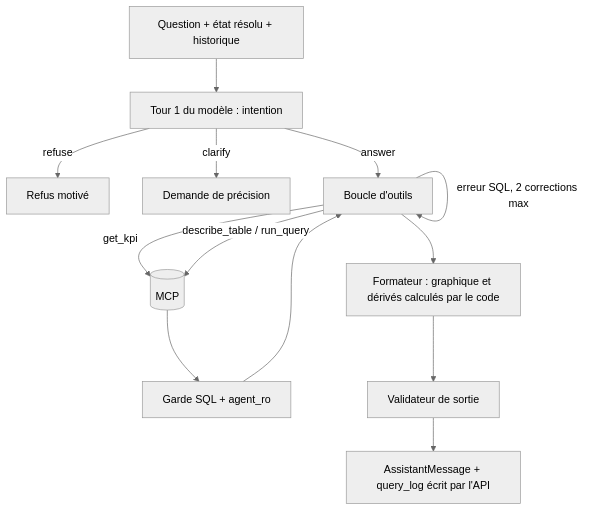
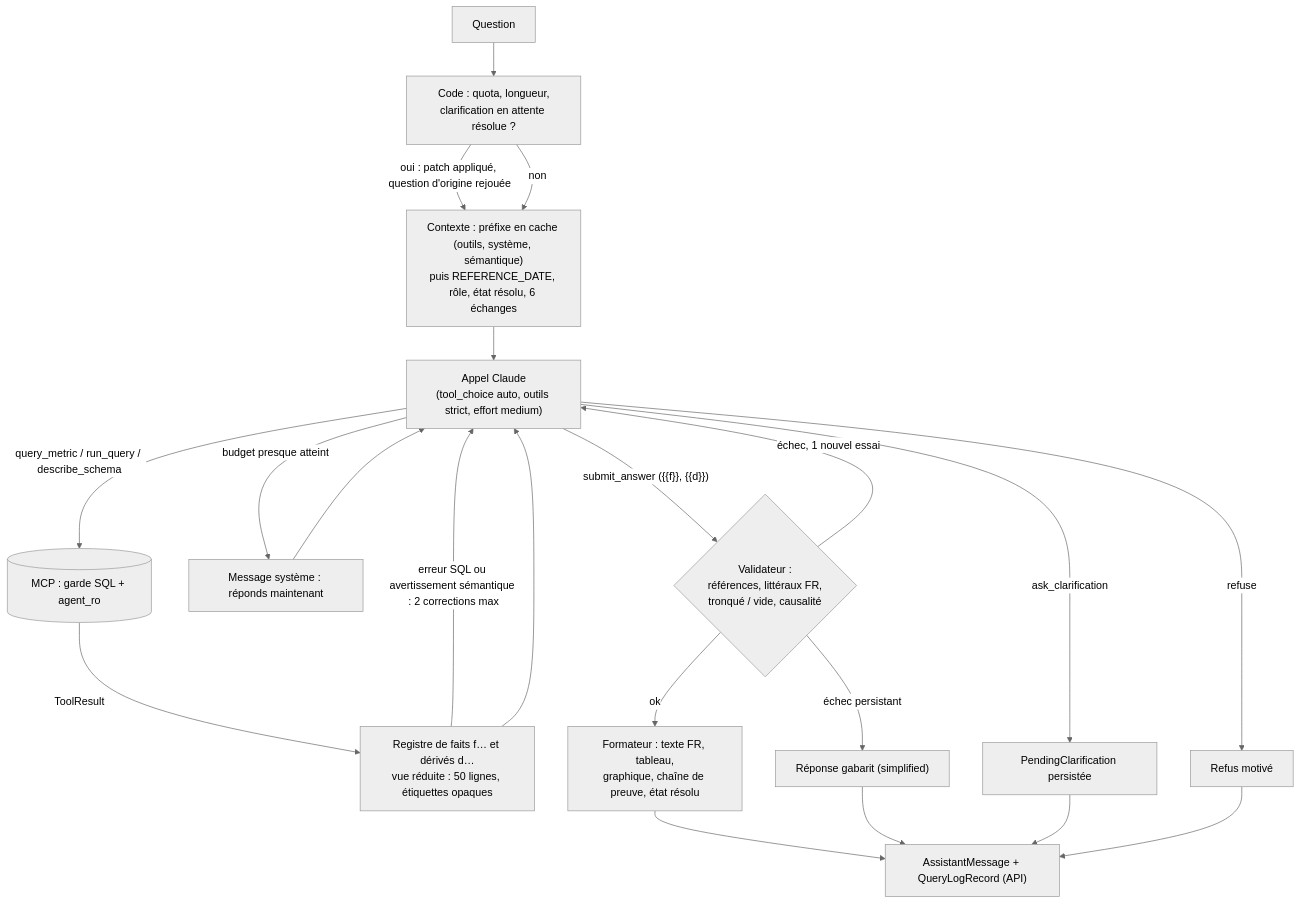
One commit to justefrank/decision-agent-IA changed the seventh of 13 diagrams in docs/DIAGRAMS.md. Above: the diagram before and after it, drawn with Mermaid (neutral theme). The commit also changed other lines of this file and 47 other files, not shown here.

First line of the commit message:
docs: passage en v5 (MVP, query_metric, citation par référence, évaluation sur le test seul, intégration Claude) et diagrammes re-rendus

````diff
--- a/docs/DIAGRAMS.md
+++ b/docs/DIAGRAMS.md
@@ -248,15 +327,23 @@
 ```mermaid
 flowchart TD
-  Q["Question + état résolu + historique"] --> L1["Tour 1 du modèle : intention"]
-  L1 -- refuse --> R["Refus motivé"]
-  L1 -- clarify --> C["Demande de précision"]
-  L1 -- answer --> L["Boucle d'outils"]
-  L -- get_kpi --> M[("MCP")]
-  L -- "describe_table / run_query" --> M
-  M --> G["Garde SQL + agent_ro"]
-  G --> L
-  L -- "erreur SQL, 2 corrections max" --> L
-  L --> F["Formateur : graphique et dérivés calculés par le code"]
-  F --> V["Validateur de sortie"]
-  V --> A["AssistantMessage + query_log écrit par l'API"]
+  Q["Question"] --> PRE["Code : quota, longueur,<br/>clarification en attente résolue ?"]
+  PRE -- "oui : patch appliqué, question d'origine rejouée" --> CTX
+  PRE -- "non" --> CTX["Contexte : préfixe en cache (outils, système, sémantique)<br/>puis REFERENCE_DATE, rôle, état résolu, 6 échanges"]
+  CTX --> LLM["Appel Claude<br/>(tool_choice auto, outils strict, effort medium)"]
+  LLM -- "query_metric / run_query / describe_schema" --> MCP[("MCP : garde SQL + agent_ro")]
+  MCP -- "ToolResult" --> REG["Registre de faits f… et dérivés d…<br/>vue réduite : 50 lignes, étiquettes opaques"]
+  REG -- "erreur SQL ou avertissement sémantique : 2 corrections max" --> LLM
+  REG --> LLM
+  LLM -- "budget presque atteint" --> NOW["Message système : réponds maintenant"]
+  NOW --> LLM
+  LLM -- "ask_clarification" --> CLR["PendingClarification persistée"]
+  LLM -- "refuse" --> REF["Refus motivé"]
+  LLM -- "submit_answer ({{f}}, {{d}})" --> VAL{"Validateur :<br/>références, littéraux FR,<br/>tronqué / vide, causalité"}
+  VAL -- "échec, 1 nouvel essai" --> LLM
+  VAL -- "ok" --> FMT["Formateur : texte FR, tableau,<br/>graphique, chaîne de preuve, état résolu"]
+  VAL -- "échec persistant" --> TPL["Réponse gabarit (simplified)"]
+  FMT --> OUT["AssistantMessage + QueryLogRecord (API)"]
+  TPL --> OUT
+  CLR --> OUT
+  REF --> OUT
 ```
````
